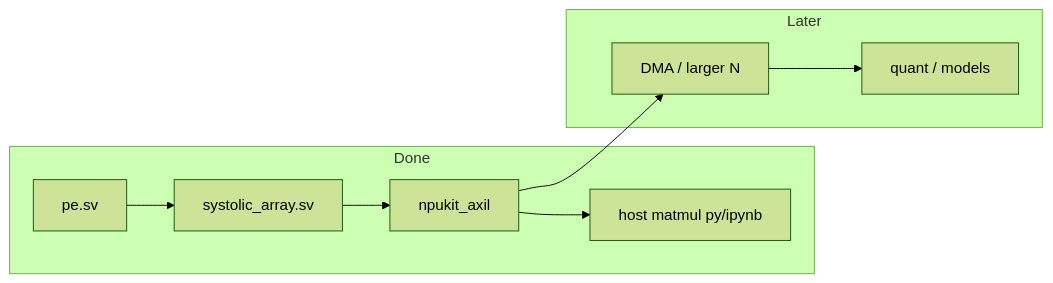
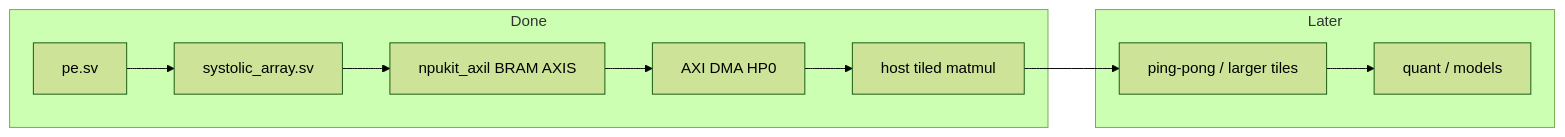
The diagram in PLAN.md (NetKit-Labs/npukit), drawn with Mermaid (forest theme) before and after one commit. The commit also changed other lines of this file and 1 other file, not shown here.

First line of the commit message:
Clarify that the two BRAM tiles are not ping-pong buffers.

````diff
--- a/PLAN.md
+++ b/PLAN.md
@@ -25,15 +24,16 @@
 ```mermaid
 flowchart LR
   subgraph done [Done]
     PE[pe.sv]
     SA[systolic_array.sv]
-    AXIL[npukit_axil]
-    HOST[host matmul py/ipynb]
-    PE --> SA --> AXIL --> HOST
+    AXIL[npukit_axil BRAM AXIS]
+    DMA[AXI DMA HP0]
+    HOST[host tiled matmul]
+    PE --> SA --> AXIL --> DMA --> HOST
   end
   subgraph later [Later]
-    DMA[DMA / larger N]
+    PP[ping-pong / larger tiles]
     Q[quant / models]
-    AXIL --> DMA --> Q
+    HOST --> PP --> Q
   end
 ```
````
